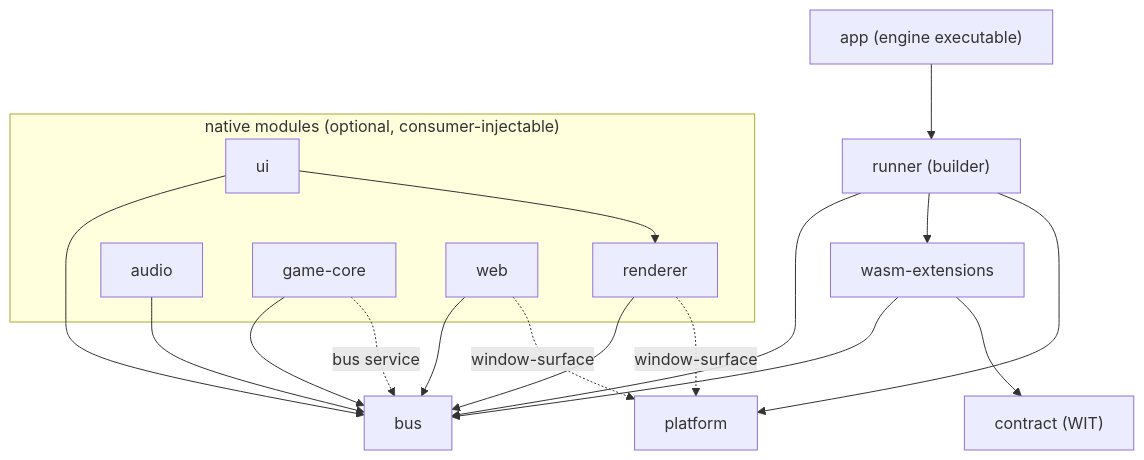
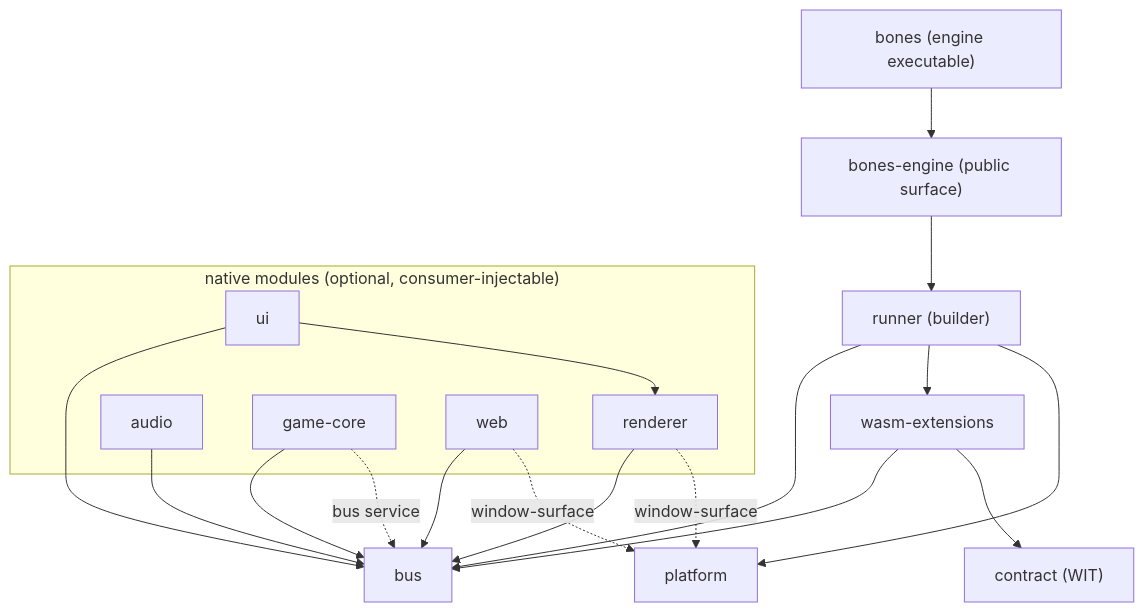
Before and after one commit to an-dr/bones: the diagram in docs/structure.md, drawn with Mermaid. The commit also changed other lines of this file and 481 other files, not shown here.

````diff
--- a/docs/structure.md
+++ b/docs/structure.md
@@ -45,25 +46,26 @@
 ```mermaid
 graph TD
-    App["app (engine executable)"] --> Runner["runner (builder)"]
+    App["bones (engine executable)"] --> Facade["bones-engine (public surface)"]
+    Facade --> Runner["runner (builder)"]
     Runner --> Bus["bus"]
     Runner --> WasmExtensions["wasm-extensions"]
     Runner --> Platform["platform"]
     WasmExtensions --> Bus
     WasmExtensions --> Contract["contract (WIT)"]
     subgraph Modules["native modules (optional, consumer-injectable)"]
         Renderer["renderer"]
         UI["ui"]
         Audio["audio"]
         GameCore["game-core"]
         Web["web"]
     end
     Renderer --> Bus
     UI --> Bus
     UI --> Renderer
     Audio --> Bus
     GameCore --> Bus
     Web --> Bus
     Renderer -. "window-surface" .-> Platform
     GameCore -. "bus service" .-> Bus
     Web -. "window-surface" .-> Platform
 ```
````
